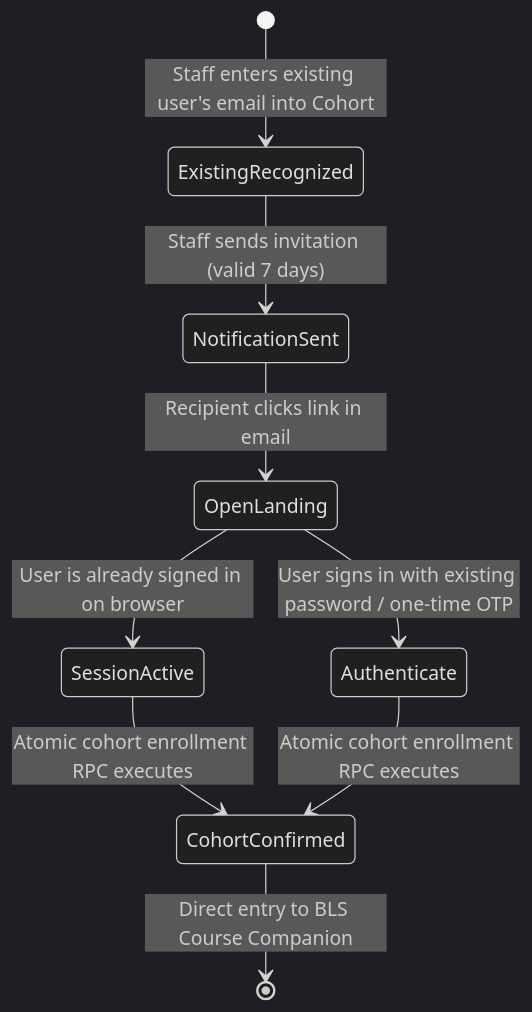
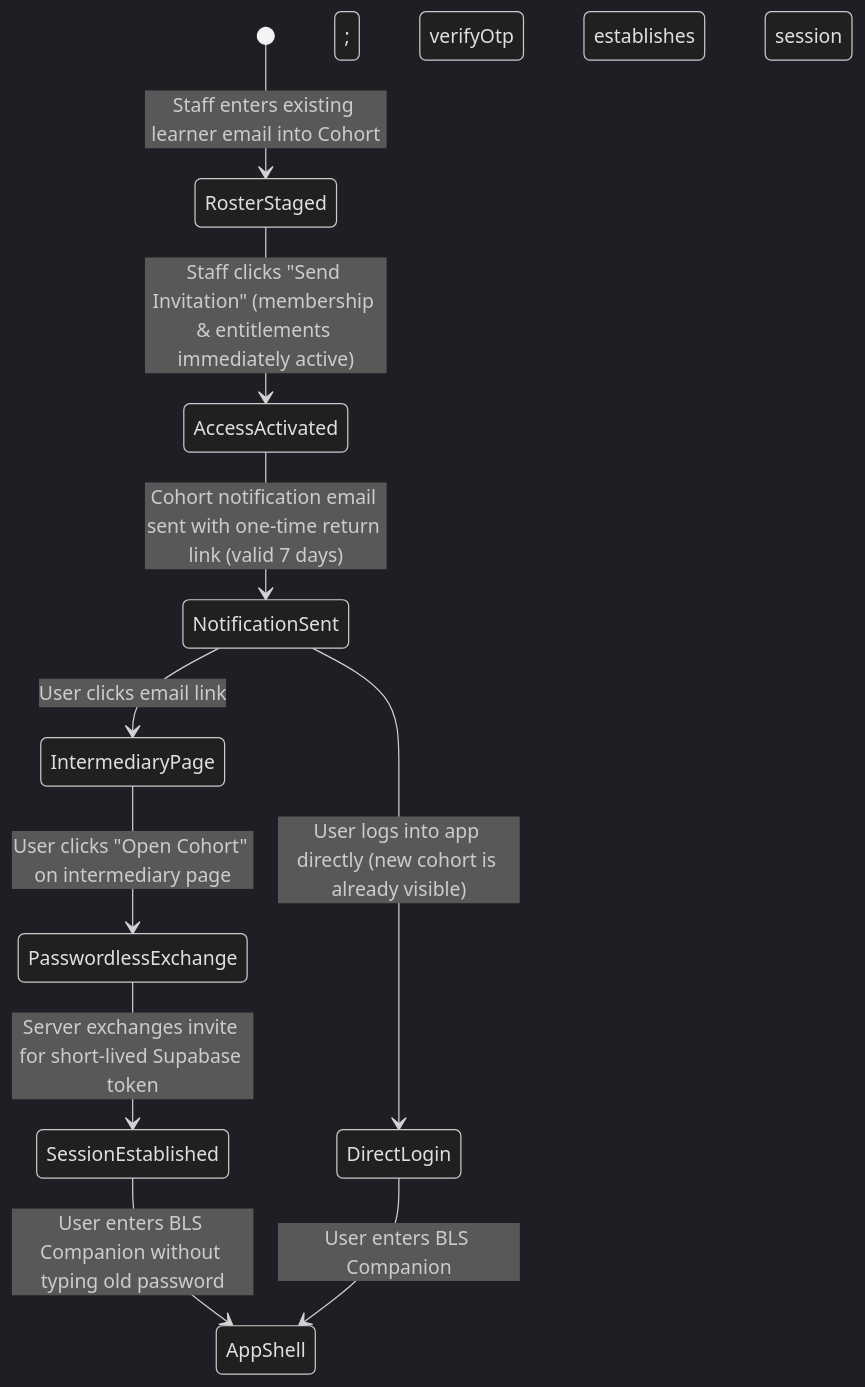
The third of 4 diagrams in docs/MILESTONE_7_ONBOARDING_ARCHITECTURE_PLAN.md (dr-afif/bls), drawn with Mermaid (dark theme) before and after one commit. The commit also changed other lines of this file and 9 other files, not shown here.

Commit message:
docs: refine milestone 7 onboarding architecture

````diff
--- a/docs/MILESTONE_7_ONBOARDING_ARCHITECTURE_PLAN.md
+++ b/docs/MILESTONE_7_ONBOARDING_ARCHITECTURE_PLAN.md
@@ -261,11 +297,15 @@
 ```mermaid
 stateDiagram-v2
-    [*] --> ExistingRecognized: Staff enters existing user's email into Cohort
-    ExistingRecognized --> NotificationSent: Staff sends invitation (valid 7 days)
-    NotificationSent --> OpenLanding: Recipient clicks link in email
-    OpenLanding --> SessionActive: User is already signed in on browser
-    OpenLanding --> Authenticate: User signs in with existing password / one-time OTP
-    SessionActive --> CohortConfirmed: Atomic cohort enrollment RPC executes
-    Authenticate --> CohortConfirmed: Atomic cohort enrollment RPC executes
-    CohortConfirmed --> [*]: Direct entry to BLS Course Companion
+    [*] --> RosterStaged: Staff enters existing learner email into Cohort
+    RosterStaged --> AccessActivated: Staff clicks "Send Invitation" (membership & entitlements immediately active)
+    AccessActivated --> NotificationSent: Cohort notification email sent with one-time return link (valid 7 days)
+
+    NotificationSent --> DirectLogin: User logs into app directly (new cohort is already visible)
+    NotificationSent --> IntermediaryPage: User clicks email link
+
+    IntermediaryPage --> PasswordlessExchange: User clicks "Open Cohort" on intermediary page
+    PasswordlessExchange --> SessionEstablished: Server exchanges invite for short-lived Supabase token; verifyOtp establishes session
+
+    SessionEstablished --> AppShell: User enters BLS Companion without typing old password
+    DirectLogin --> AppShell: User enters BLS Companion
 ```
````
